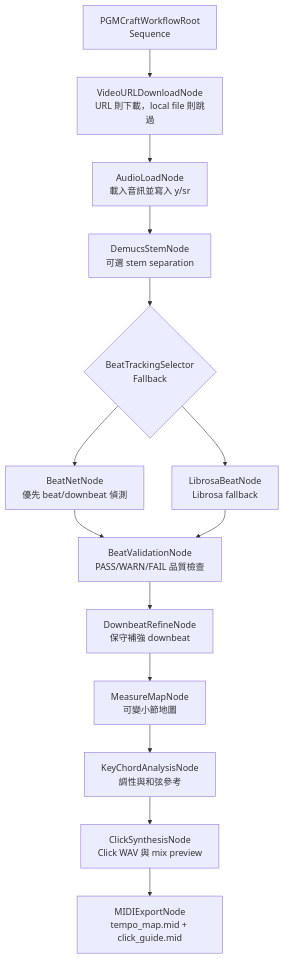
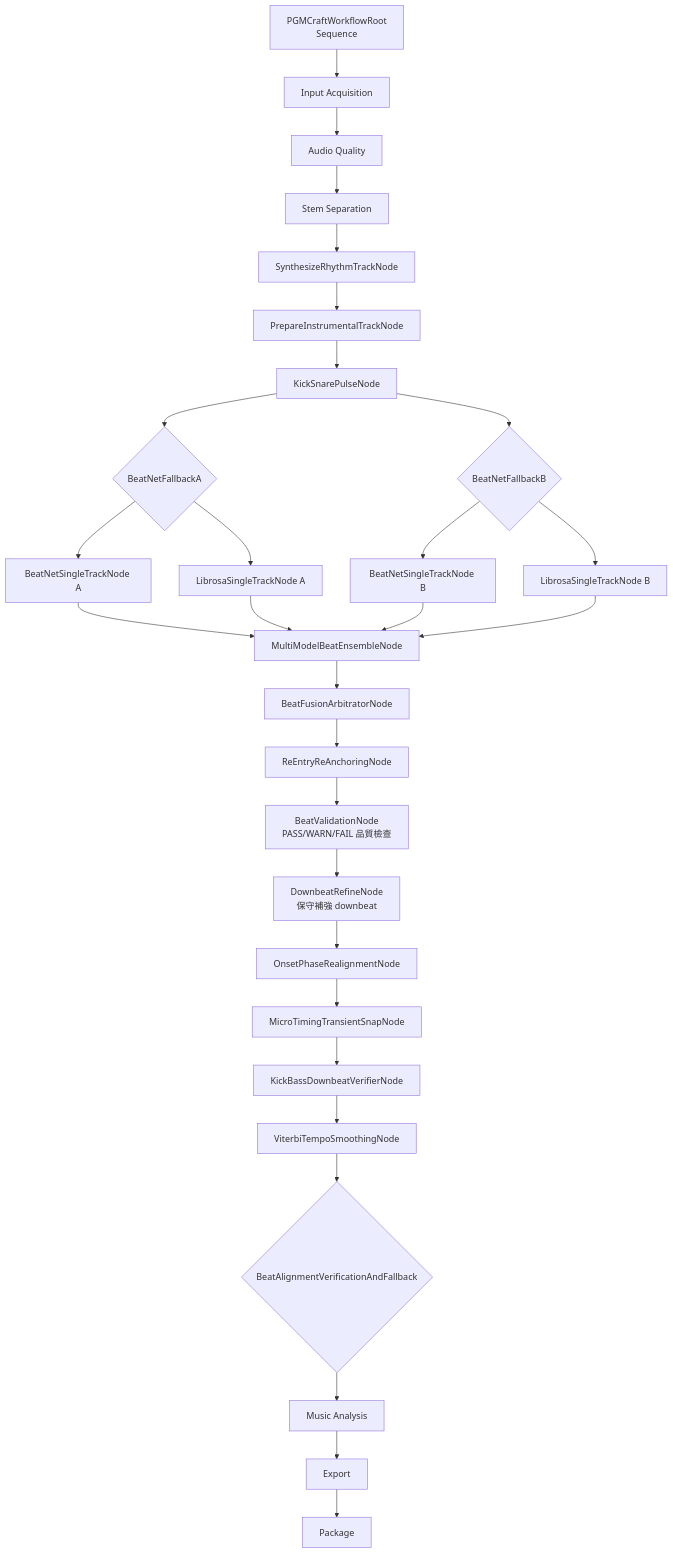
One commit to Chester930/pgmcraft-studio changed the first of 2 diagrams in docs/BEHAVIOR-TREE.md. Above: the diagram before and after it, drawn with Mermaid. The commit also changed other lines of this file and 30 other files, not shown here.

Commit message:
feat: implement behavior tree-based audio processing pipeline with modular workflow stages and analysis nodes

````diff
--- a/docs/BEHAVIOR-TREE.md
+++ b/docs/BEHAVIOR-TREE.md
@@ -43,24 +127,44 @@
 ```mermaid
 flowchart TD
     Root["PGMCraftWorkflowRoot<br/>Sequence"]
-    Download["VideoURLDownloadNode<br/>URL 則下載，local file 則跳過"]
-    Load["AudioLoadNode<br/>載入音訊並寫入 y/sr"]
-    Stem["DemucsStemNode<br/>可選 stem separation"]
-    BeatFallback{"BeatTrackingSelector<br/>Fallback"}
-    BeatNet["BeatNetNode<br/>優先 beat/downbeat 偵測"]
-    Librosa["LibrosaBeatNode<br/>Librosa fallback"]
+    Input["Input Acquisition"]
+    Quality["Audio Quality"]
+    Stem["Stem Separation"]
+    RhythmPrep["SynthesizeRhythmTrackNode"]
+    InstPrep["PrepareInstrumentalTrackNode"]
+    Pulse["KickSnarePulseNode"]
+    TrackA{"BeatNetFallbackA"}
+    TrackB{"BeatNetFallbackB"}
+    BeatNetA["BeatNetSingleTrackNode A"]
+    LibrosaA["LibrosaSingleTrackNode A"]
+    BeatNetB["BeatNetSingleTrackNode B"]
+    LibrosaB["LibrosaSingleTrackNode B"]
+    Ensemble["MultiModelBeatEnsembleNode"]
+    Fusion["BeatFusionArbitratorNode"]
+    ReEntry["ReEntryReAnchoringNode"]
     BeatCheck["BeatValidationNode<br/>PASS/WARN/FAIL 品質檢查"]
     DownbeatRefine["DownbeatRefineNode<br/>保守補強 downbeat"]
-    MeasureMap["MeasureMapNode<br/>可變小節地圖"]
-    KeyChord["KeyChordAnalysisNode<br/>調性與和弦參考"]
-    Click["ClickSynthesisNode<br/>Click WAV 與 mix preview"]
-    Midi["MIDIExportNode<br/>tempo_map.mid + click_guide.mid"]
+    Phase["OnsetPhaseRealignmentNode"]
+    Snap["MicroTimingTransientSnapNode"]
+    LowFreq["KickBassDownbeatVerifierNode"]
+    Smooth["ViterbiTempoSmoothingNode"]
+    Align{"BeatAlignmentVerificationAndFallback"}
+    Music["Music Analysis"]
+    Export["Export"]
+    Package["Package"]
 
-    Root --> Download --> Load --> Stem --> BeatFallback
-    BeatFallback --> BeatNet
-    BeatFallback --> Librosa
-    BeatNet --> BeatCheck
-    Librosa --> BeatCheck
-    BeatCheck --> DownbeatRefine --> MeasureMap --> KeyChord
-    KeyChord --> Click --> Midi
+    Root --> Input --> Quality --> Stem --> RhythmPrep --> InstPrep --> Pulse
+    Pulse --> TrackA
+    Pulse --> TrackB
+    TrackA --> BeatNetA
+    TrackA --> LibrosaA
+    TrackB --> BeatNetB
+    TrackB --> LibrosaB
+    BeatNetA --> Ensemble
+    LibrosaA --> Ensemble
+    BeatNetB --> Ensemble
+    LibrosaB --> Ensemble
+    Ensemble --> Fusion --> ReEntry --> BeatCheck --> DownbeatRefine
+    DownbeatRefine --> Phase --> Snap --> LowFreq --> Smooth --> Align
+    Align --> Music --> Export --> Package
 ```
````
